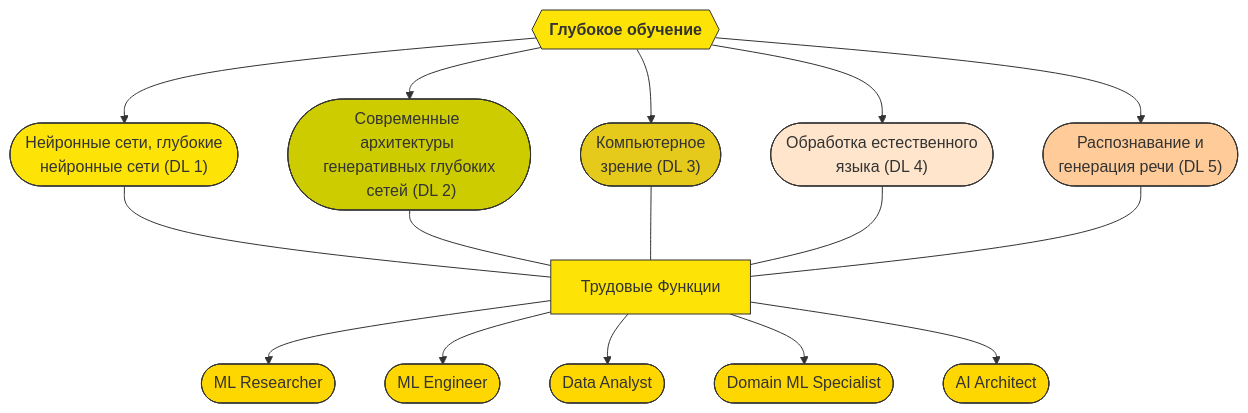
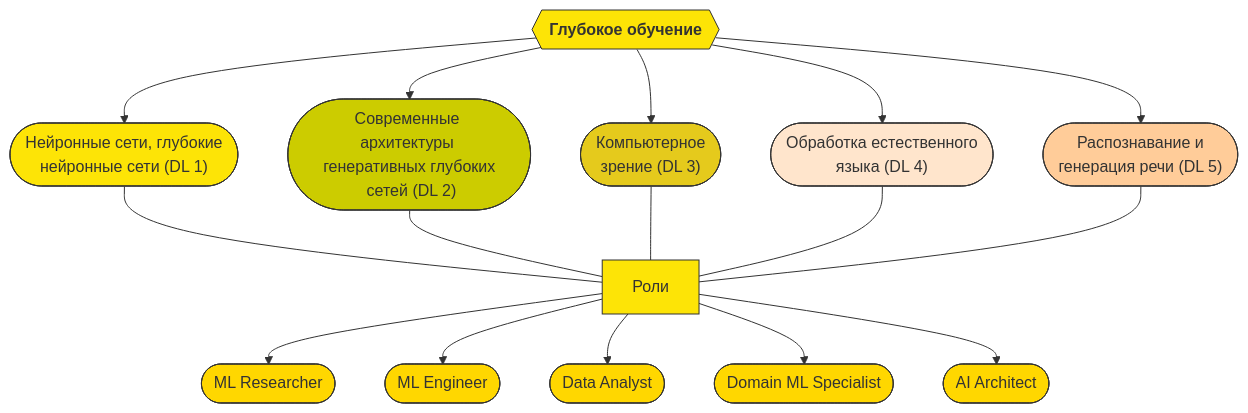
The fourth of 4 diagrams in README.md (aimclub/ai-competency-model), drawn with Mermaid before and after one commit. The commit also changed other lines of this file, not shown here.

````diff
--- a/README.md
+++ b/README.md
@@ -125,39 +125,39 @@
 ```mermaid
 graph TD;
 classDef DL1Style fill:#FDE406,stroke:#333,stroke-width:1px
 classDef DL2Style fill:#CCCC00,stroke:#333,stroke-width:1px
 classDef DL3Style fill:#E5CA1C,stroke:#333,stroke-width:1px
 classDef DL4Style fill:#FFE5CC,stroke:#333,stroke-width:1px
 classDef DL5Style fill:#FFCC99,stroke:#333,stroke-width:1px
 classDef DLJobStyle fill:#ffd700,stroke:#333,stroke-width:1px
 
 areaDL{{"`**Глубокое обучение**`"}}:::DL1Style -->aspectDeepNeuro(["Нейронные сети, глубокие <br> нейронные сети (DL 1)"]):::DL1Style
 areaDL -->aspectDeepNeuroArchitecture(["Современные архитектуры <br> генеративных глубоких <br> сетей (DL 2)"]):::DL2Style
 areaDL -->aspectComputerVision(["Компьютерное <br> зрение (DL 3)"]):::DL3Style
 areaDL -->aspectLanguageProcessing(["Обработка естественного <br> языка (DL 4)"]):::DL4Style
 areaDL -->aspectVoiceRecognition(["Распознавание и <br> генерация речи (DL 5)"]):::DL5Style
 
-aspectDeepNeuro ---jobsHeaderDL["Трудовые Функции"]:::DL1Style
+aspectDeepNeuro ---jobsHeaderDL["Роли"]:::DL1Style
 aspectDeepNeuroArchitecture ---jobsHeaderDL
 aspectComputerVision ---jobsHeaderDL
 aspectLanguageProcessing ---jobsHeaderDL
 aspectVoiceRecognition ---jobsHeaderDL
 
 jobsHeaderDL -->jobMLResearcher(["ML Researcher"]):::DLJobStyle
 jobsHeaderDL -->jobMLEngineer(["ML Engineer"]):::DLJobStyle
 jobsHeaderDL -->jobDataAnalyst(["Data Analyst"]):::DLJobStyle
 jobsHeaderDL -->jobDomainMLSpecialist(["Domain ML Specialist"]):::DLJobStyle
 jobsHeaderDL -->jobAIArchitect(["AI Architect"]):::DLJobStyle
 
 click aspectDeepNeuro "https://github.com/VoidSubjucator/Competence-Bank/blob/main/Math/DL/aspectDeepNeuro.md"
 click aspectDeepNeuroArchitecture "https://github.com/VoidSubjucator/Competence-Bank/blob/main/Math/DL/aspectDeepNeuroArchitecture.md"
 click aspectComputerVision "https://github.com/VoidSubjucator/Competence-Bank/blob/main/Math/DL/aspectComputerVision.md"
 click aspectLanguageProcessing "https://github.com/VoidSubjucator/Competence-Bank/blob/main/Math/DL/aspectLanguageProcessing.md"
 click aspectVoiceRecognition "https://github.com/VoidSubjucator/Competence-Bank/blob/main/Math/DL/aspectVoiceRecognition.md"
 
 click jobMLResearcher "https://github.com/VoidSubjucator/Competence-Bank/blob/main/Jobs/jobMLResearcher.md"
 click jobMLEngineer "https://github.com/VoidSubjucator/Competence-Bank/blob/main/Jobs/jobMLEngineer.md"
 click jobDataAnalyst "https://github.com/VoidSubjucator/Competence-Bank/blob/main/Jobs/jobDataAnalyst.md"
 click jobDomainMLSpecialist "https://github.com/VoidSubjucator/Competence-Bank/blob/main/Jobs/jobDomainMLSpecialist.md"
 click jobAIArchitect "https://github.com/VoidSubjucator/Competence-Bank/blob/main/Jobs/jobAIArchitect.md"
 ```
````
